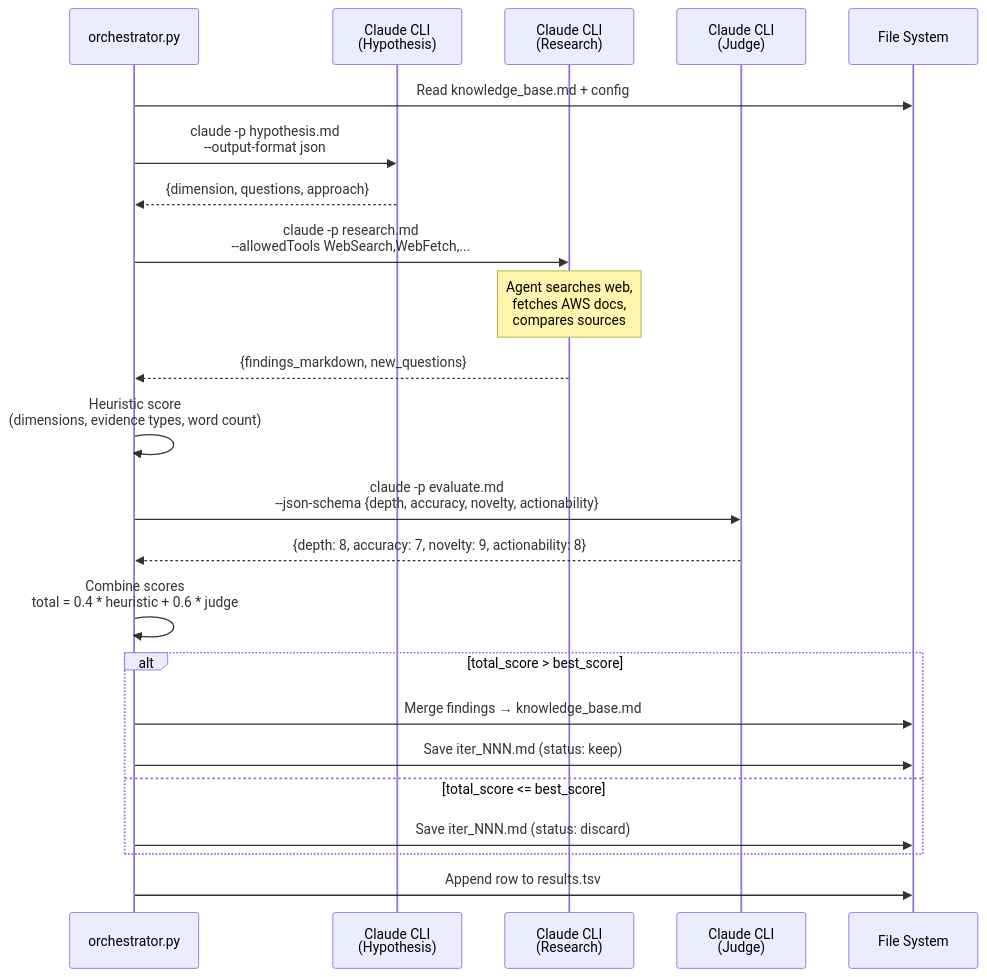
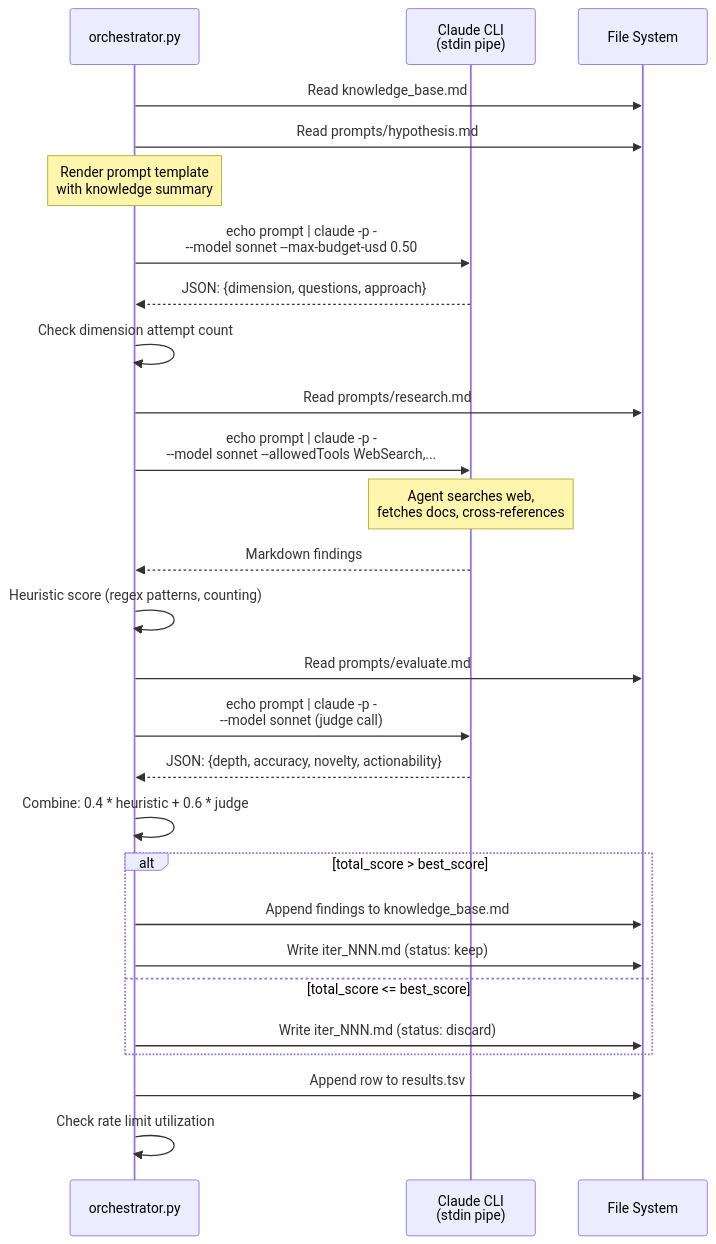
Before and after one commit to josefigueredo/auto-research: the second of 8 diagrams in diagrams.md, drawn with Mermaid. The commit also changed other lines of this file and 2 other files, not shown here.

````diff
--- a/diagrams.md
+++ b/diagrams.md
@@ -43,32 +63,39 @@
 ```mermaid
 sequenceDiagram
     participant O as orchestrator.py
-    participant C1 as Claude CLI<br>(Hypothesis)
-    participant C2 as Claude CLI<br>(Research)
-    participant C3 as Claude CLI<br>(Judge)
+    participant C as Claude CLI<br>(stdin pipe)
     participant FS as File System
 
-    O->>FS: Read knowledge_base.md + config
-    O->>C1: claude -p hypothesis.md<br>--output-format json
-    C1-->>O: {dimension, questions, approach}
+    O->>FS: Read knowledge_base.md
+    O->>FS: Read prompts/hypothesis.md
 
-    O->>C2: claude -p research.md<br>--allowedTools WebSearch,WebFetch,...
-    Note over C2: Agent searches web,<br>fetches AWS docs,<br>compares sources
-    C2-->>O: {findings_markdown, new_questions}
+    Note over O: Render prompt template<br>with knowledge summary
 
-    O->>O: Heuristic score<br>(dimensions, evidence types, word count)
+    O->>C: echo prompt | claude -p -<br>--model sonnet --max-budget-usd 0.50
+    C-->>O: JSON: {dimension, questions, approach}
 
-    O->>C3: claude -p evaluate.md<br>--json-schema {depth, accuracy, novelty, actionability}
-    C3-->>O: {depth: 8, accuracy: 7, novelty: 9, actionability: 8}
+    O->>O: Check dimension attempt count
 
-    O->>O: Combine scores<br>total = 0.4 * heuristic + 0.6 * judge
+    O->>FS: Read prompts/research.md
+    O->>C: echo prompt | claude -p -<br>--model sonnet --allowedTools WebSearch,...
+    Note over C: Agent searches web,<br>fetches docs, cross-references
+    C-->>O: Markdown findings
+
+    O->>O: Heuristic score (regex patterns, counting)
+
+    O->>FS: Read prompts/evaluate.md
+    O->>C: echo prompt | claude -p -<br>--model sonnet (judge call)
+    C-->>O: JSON: {depth, accuracy, novelty, actionability}
+
+    O->>O: Combine: 0.4 * heuristic + 0.6 * judge
 
     alt total_score > best_score
-        O->>FS: Merge findings → knowledge_base.md
-        O->>FS: Save iter_NNN.md (status: keep)
+        O->>FS: Append findings to knowledge_base.md
+        O->>FS: Write iter_NNN.md (status: keep)
     else total_score <= best_score
-        O->>FS: Save iter_NNN.md (status: discard)
+        O->>FS: Write iter_NNN.md (status: discard)
     end
 
     O->>FS: Append row to results.tsv
+    O->>O: Check rate limit utilization
 ```
````
